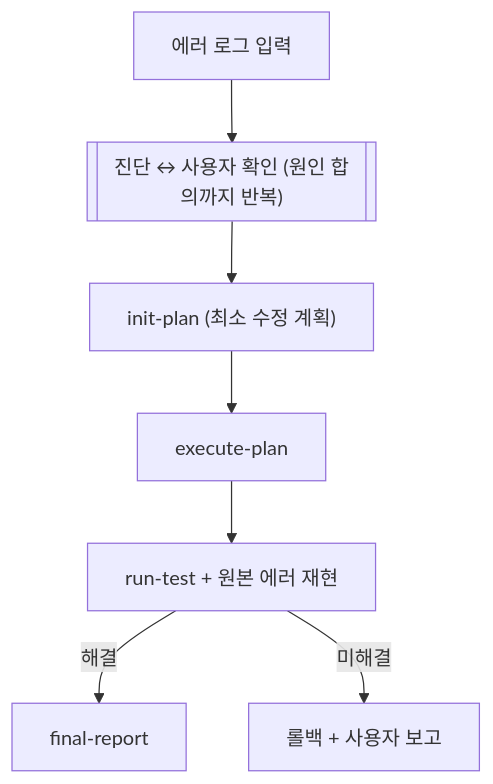
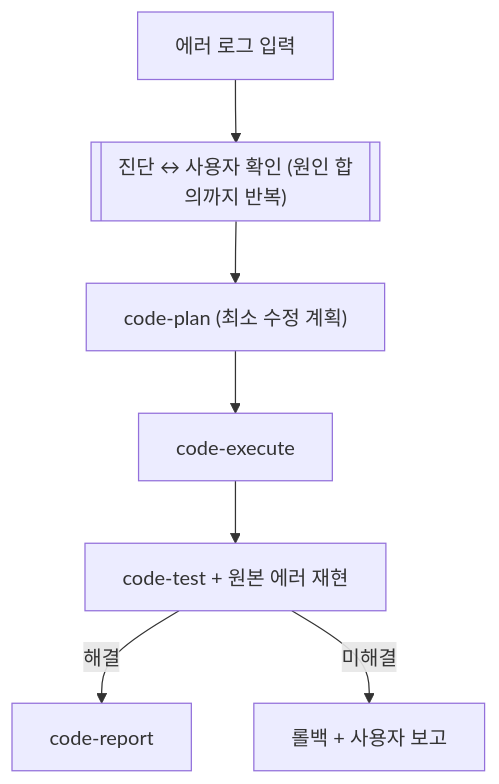
The second of 2 diagrams in skills/autopilot-code/README.md (dmlguq456/agent_setting), drawn with Mermaid before and after one commit. The commit also changed other lines of this file and 94 other files, not shown here.

````diff
--- a/skills/autopilot-code/README.md
+++ b/skills/autopilot-code/README.md
@@ -31,9 +31,9 @@
 ```mermaid
 flowchart TD
     A["에러 로그 입력"] --> B[["진단 ↔ 사용자 확인 (원인 합의까지 반복)"]]
-    B --> C["init-plan (최소 수정 계획)"]
-    C --> D["execute-plan"]
-    D --> E["run-test + 원본 에러 재현"]
-    E -->|해결| F["final-report"]
+    B --> C["code-plan (최소 수정 계획)"]
+    C --> D["code-execute"]
+    D --> E["code-test + 원본 에러 재현"]
+    E -->|해결| F["code-report"]
     E -->|미해결| G["롤백 + 사용자 보고"]
 ```
````
